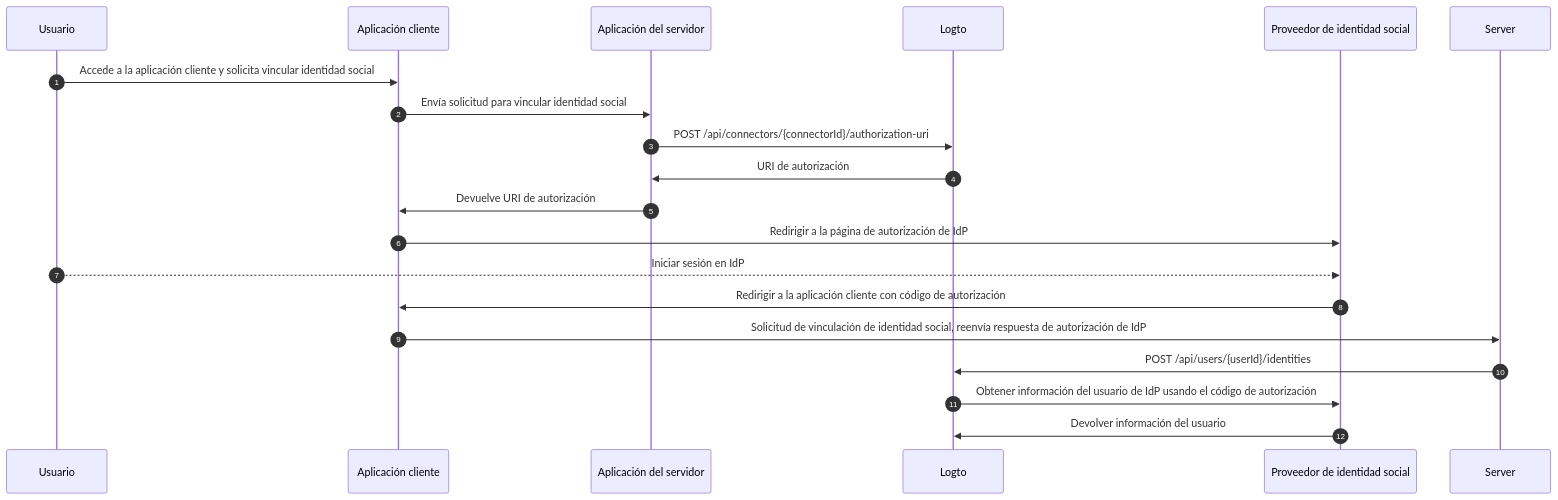
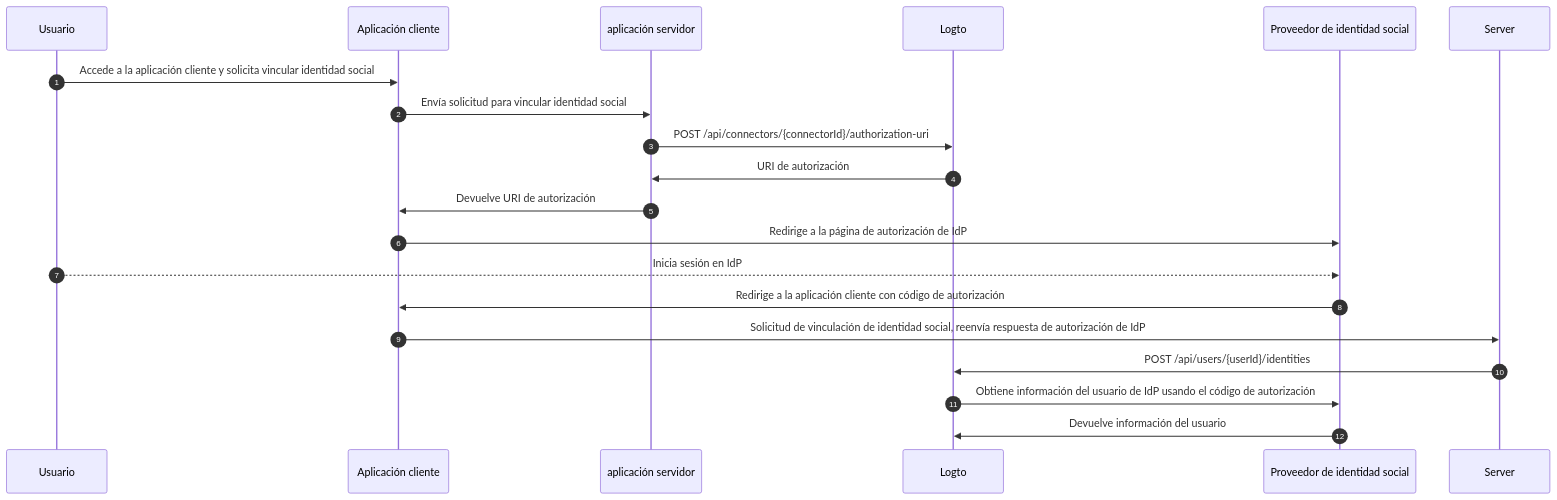
One commit to logto-io/docs changed the third of 3 diagrams in i18n/es/docusaurus-plugin-content-docs/current/end-user-flows/account-settings/by-management-api.mdx. Above: the diagram before and after it, drawn with Mermaid. The commit also changed other lines of this file and 137 other files, not shown here.

````diff
--- a/i18n/es/docusaurus-plugin-content-docs/current/end-user-flows/account-settings/by-management-api.mdx
+++ b/i18n/es/docusaurus-plugin-content-docs/current/end-user-flows/account-settings/by-management-api.mdx
@@ -120,22 +120,22 @@
 ```mermaid
 sequenceDiagram
     autoNumber
     participant User as Usuario
     participant Client as Aplicación cliente
-    participant App as Aplicación del servidor
+    participant App as aplicación servidor
     participant Logto as Logto
     participant IdP as Proveedor de identidad social
 
     User ->> Client: Accede a la aplicación cliente y solicita vincular identidad social
     Client ->> App: Envía solicitud para vincular identidad social
     App ->> Logto: POST /api/connectors/{connectorId}/authorization-uri
     Logto ->> App: URI de autorización
     App ->> Client: Devuelve URI de autorización
-    Client ->> IdP: Redirigir a la página de autorización de IdP
-    User -->> IdP: Iniciar sesión en IdP
-    IdP ->> Client: Redirigir a la aplicación cliente con código de autorización
+    Client ->> IdP: Redirige a la página de autorización de IdP
+    User -->> IdP: Inicia sesión en IdP
+    IdP ->> Client: Redirige a la aplicación cliente con código de autorización
     Client ->> Server: Solicitud de vinculación de identidad social, reenvía respuesta de autorización de IdP
     Server ->> Logto: POST /api/users/{userId}/identities
-    Logto ->> IdP: Obtener información del usuario de IdP usando el código de autorización
-    IdP ->> Logto: Devolver información del usuario
+    Logto ->> IdP: Obtiene información del usuario de IdP usando el código de autorización
+    IdP ->> Logto: Devuelve información del usuario
 ```
````
